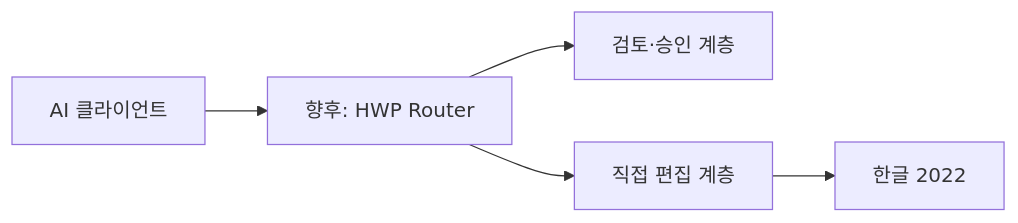
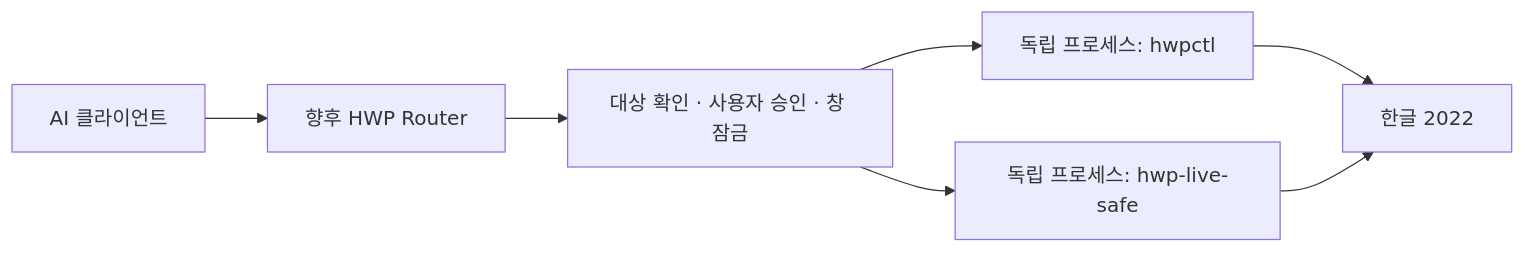
Before and after one commit to Jasujung99/hwp-ai-bridge: the third of 3 diagrams in docs/architecture.md, drawn with Mermaid. The commit also changed other lines of this file and 20 other files, not shown here.

````diff
--- a/docs/architecture.md
+++ b/docs/architecture.md
@@ -36,7 +79,9 @@
 ```mermaid
 flowchart LR
-    AI[AI 클라이언트] --> Router[향후: HWP Router]
-    Router --> Review[검토·승인 계층]
-    Router --> Direct[직접 편집 계층]
-    Direct --> H[한글 2022]
+    AI["AI 클라이언트"] --> R["향후 HWP Router"]
+    R --> P["대상 확인 · 사용자 승인 · 창 잠금"]
+    P --> D["독립 프로세스: hwpctl"]
+    P --> S["독립 프로세스: hwp-live-safe"]
+    D --> H["한글 2022"]
+    S --> H
 ```
````
